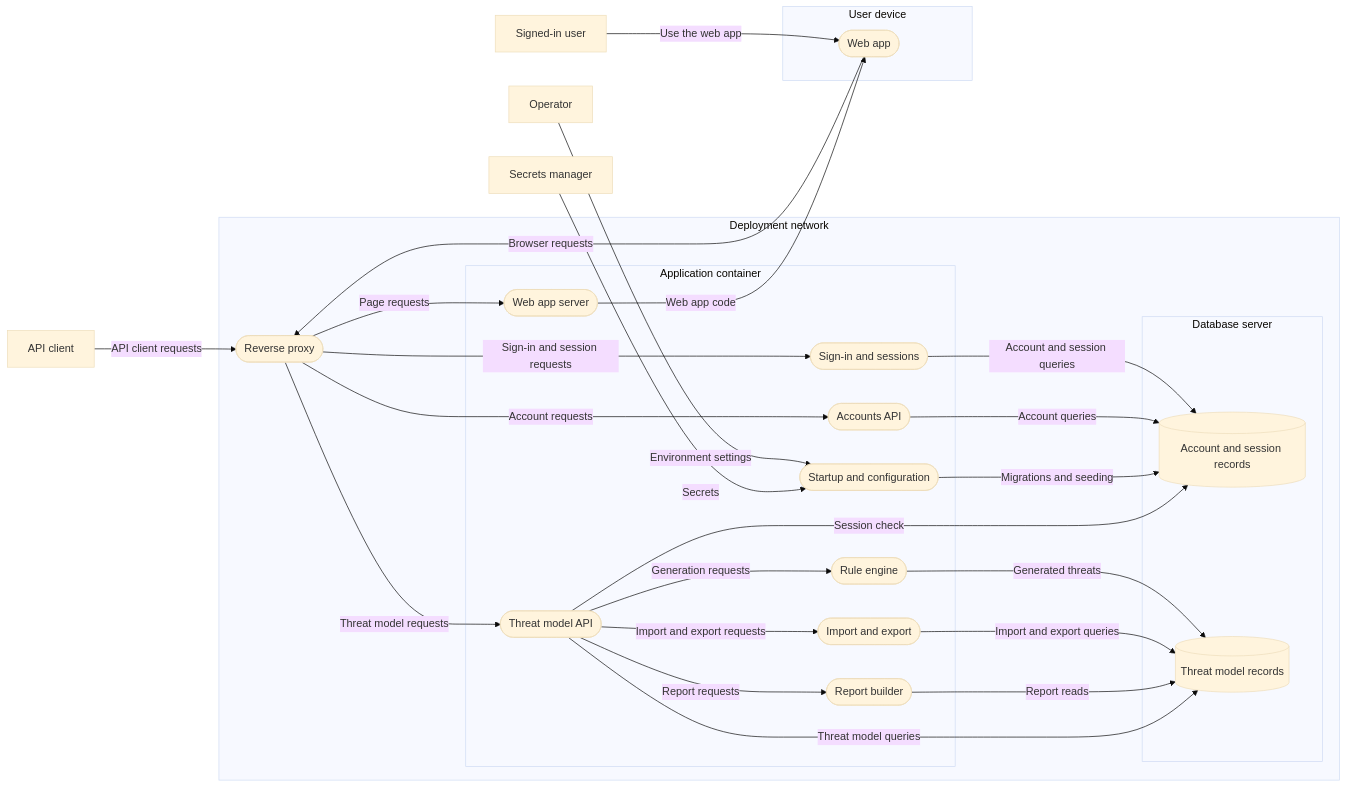
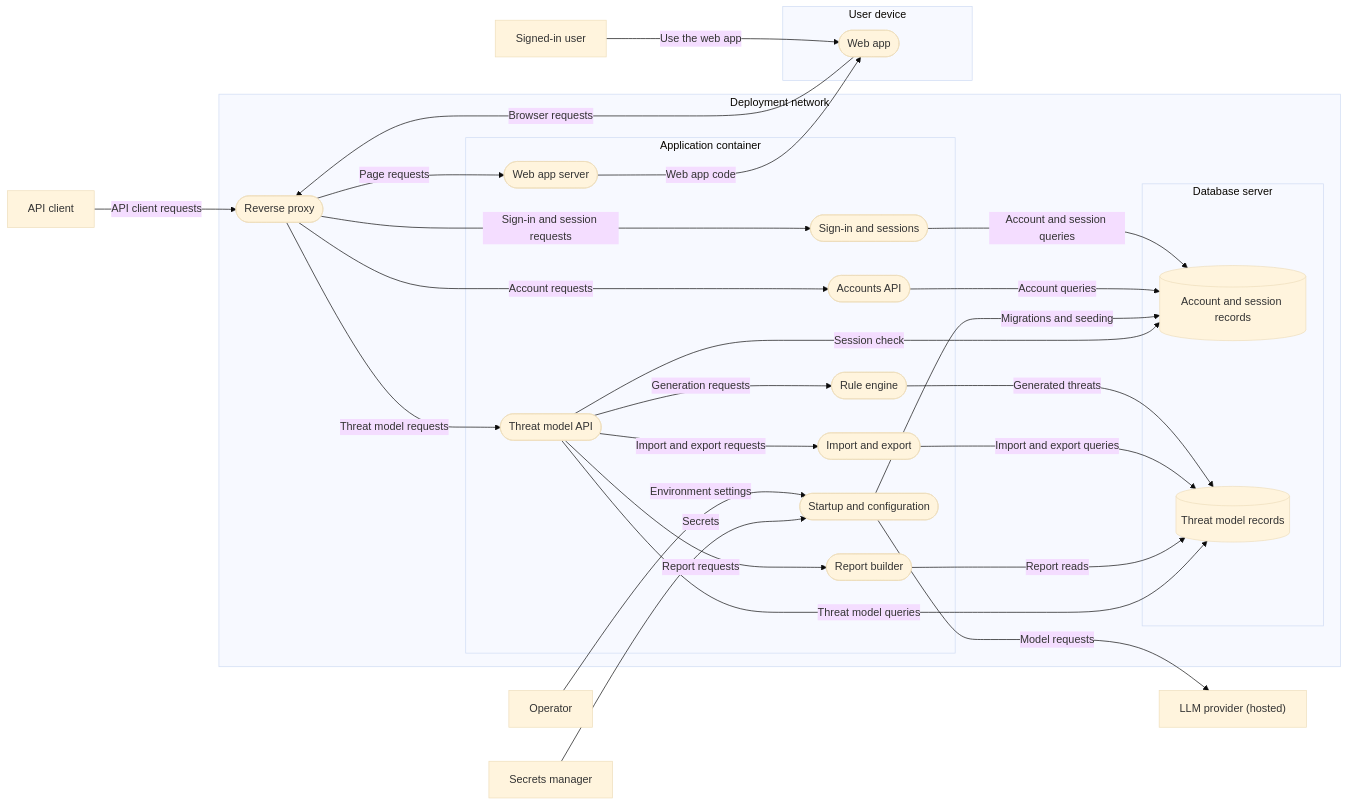
One commit to shivamsaraswat/scrylux changed the diagram in docs/threat-model/report.md. Above: the diagram before and after it, drawn with Mermaid (base theme). The commit also changed other lines of this file and 102 other files, not shown here.

First line of the commit message:
feat(llm): add the LLM provider layer (Phase 3 Milestone 1)

````diff
--- a/docs/threat-model/report.md
+++ b/docs/threat-model/report.md
@@ -29,48 +29,50 @@
 ```mermaid
 flowchart LR
   subgraph b1["Deployment network"]
     n2(["Reverse proxy"])
     subgraph b15["Application container"]
       n16(["Accounts API"])
       n17(["Import and export"])
       n18(["Report builder"])
       n19(["Rule engine"])
       n20(["Sign#45;in and sessions"])
       n21(["Startup and configuration"])
       n22(["Threat model API"])
       n23(["Web app server"])
     end
     subgraph b27["Database server"]
       n28[("Account and session records")]
       n29[("Threat model records")]
     end
   end
   subgraph b30["User device"]
     n31(["Web app"])
   end
   n32["API client"]
-  n33["Operator"]
-  n34["Secrets manager"]
-  n35["Signed#45;in user"]
+  n33["LLM provider #40;hosted#41;"]
+  n34["Operator"]
+  n35["Secrets manager"]
+  n36["Signed#45;in user"]
   n20 -->|"Account and session queries"| n28
   n16 -->|"Account queries"| n28
   n2 -->|"Account requests"| n16
   n19 -->|"Generated threats"| n29
   n17 -->|"Import and export queries"| n29
   n21 -->|"Migrations and seeding"| n28
   n2 -->|"Page requests"| n23
   n18 -->|"Report reads"| n29
   n22 -->|"Session check"| n28
   n2 -->|"Sign#45;in and session requests"| n20
   n22 -->|"Threat model queries"| n29
   n2 -->|"Threat model requests"| n22
   n22 -->|"Generation requests"| n19
   n22 -->|"Import and export requests"| n17
   n22 -->|"Report requests"| n18
   n32 -->|"API client requests"| n2
   n31 -->|"Browser requests"| n2
-  n33 -->|"Environment settings"| n21
-  n34 -->|"Secrets"| n21
-  n35 -->|"Use the web app"| n31
+  n34 -->|"Environment settings"| n21
+  n21 -->|"Model requests"| n33
+  n35 -->|"Secrets"| n21
+  n36 -->|"Use the web app"| n31
   n23 -->|"Web app code"| n31
 ```
````
